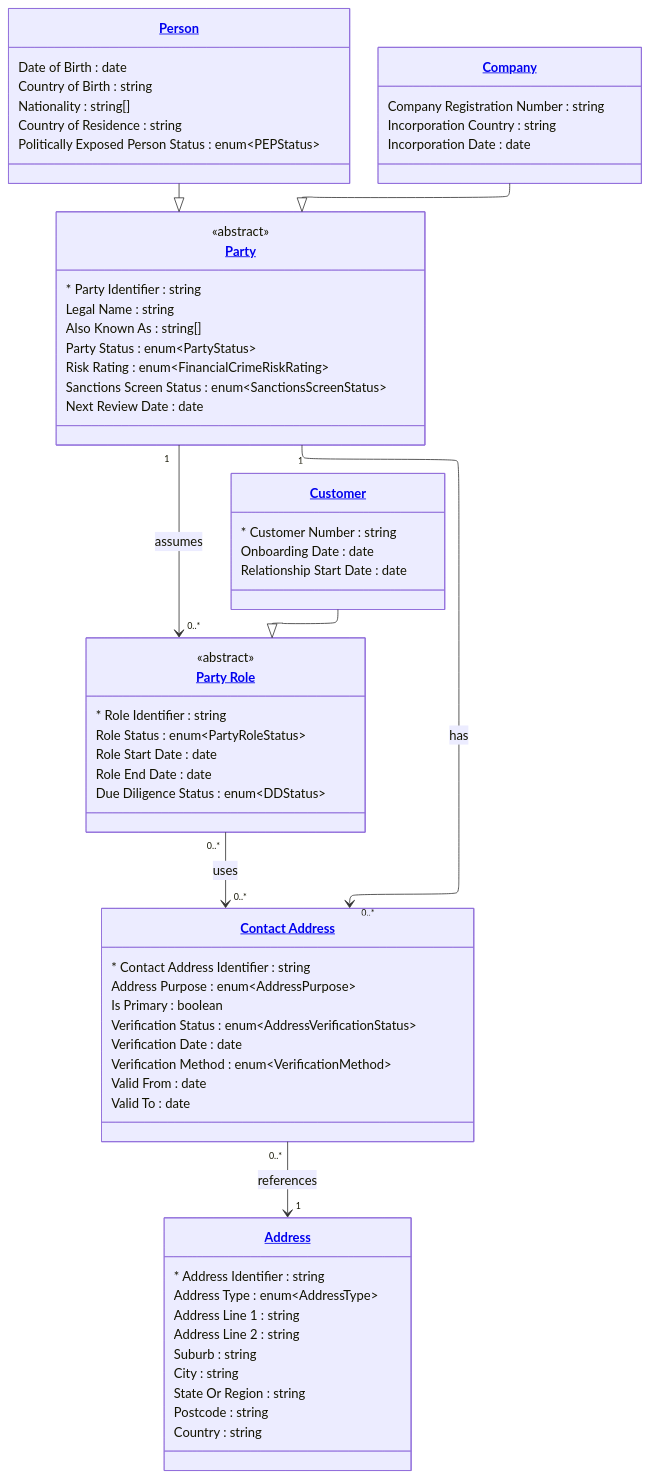
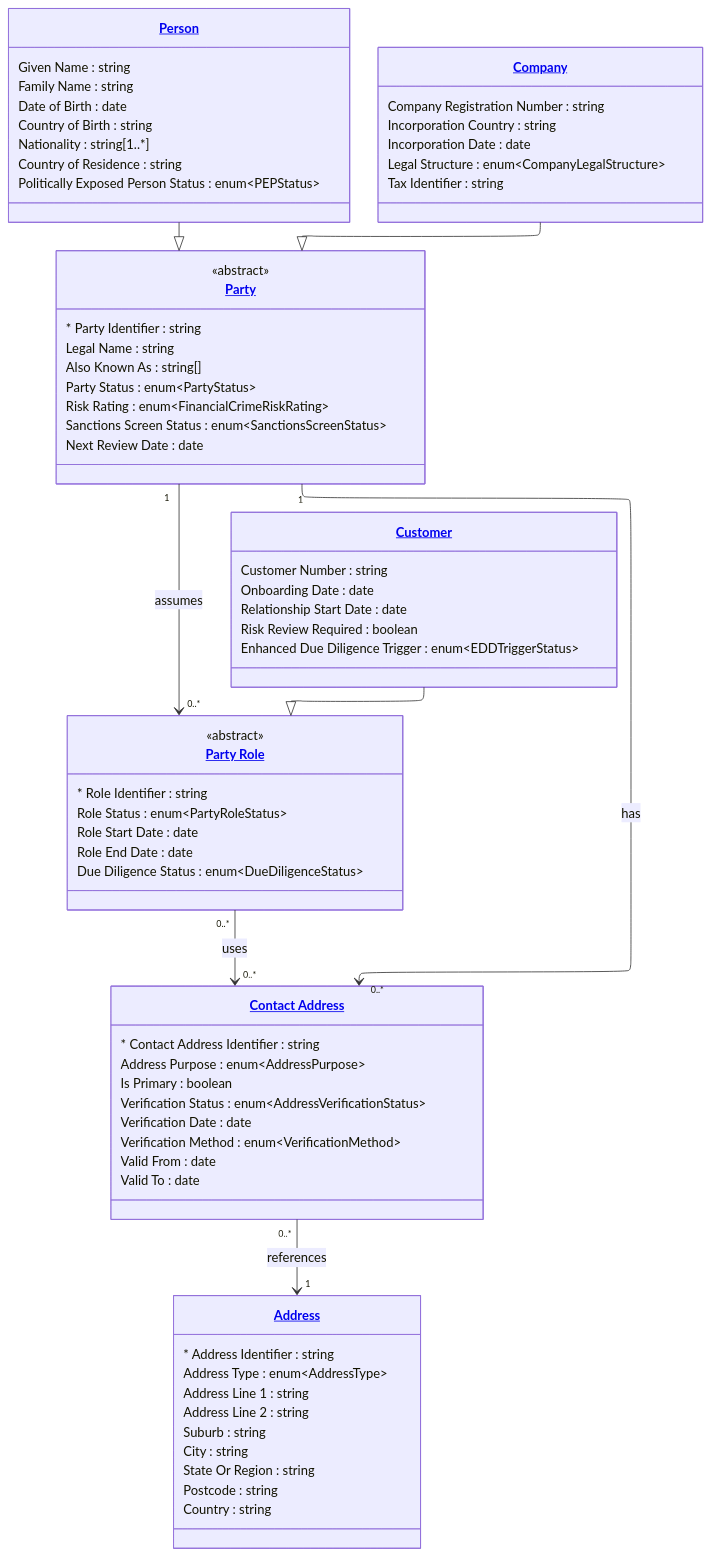
Before and after one commit to Semprini/md-ddl: the diagram in examples/Financial Crime/products/canonical.md, drawn with Mermaid. The commit also changed other lines of this file and 40 other files, not shown here.

```diff
--- a/examples/Financial Crime/products/canonical.md
+++ b/examples/Financial Crime/products/canonical.md
@@ -66,9 +75,11 @@
   }
 
   class Person{
+    Given Name : string
+    Family Name : string
     Date of Birth : date
     Country of Birth : string
-    Nationality : string[]
+    Nationality : string[1..*]
     Country of Residence : string
     Politically Exposed Person Status : enum~PEPStatus~
   }
@@ -77,6 +88,8 @@
     Company Registration Number : string
     Incorporation Country : string
     Incorporation Date : date
+    Legal Structure : enum~CompanyLegalStructure~
+    Tax Identifier : string
   }
 
   class PartyRole{
@@ -85,13 +98,15 @@
     Role Status : enum~PartyRoleStatus~
     Role Start Date : date
     Role End Date : date
-    Due Diligence Status : enum~DDStatus~
+    Due Diligence Status : enum~DueDiligenceStatus~
   }
 
   class Customer{
-    * Customer Number : string
+    Customer Number : string
     Onboarding Date : date
     Relationship Start Date : date
+    Risk Review Required : boolean
+    Enhanced Due Diligence Trigger : enum~EDDTriggerStatus~
   }
 
   class ContactAddress{
```
